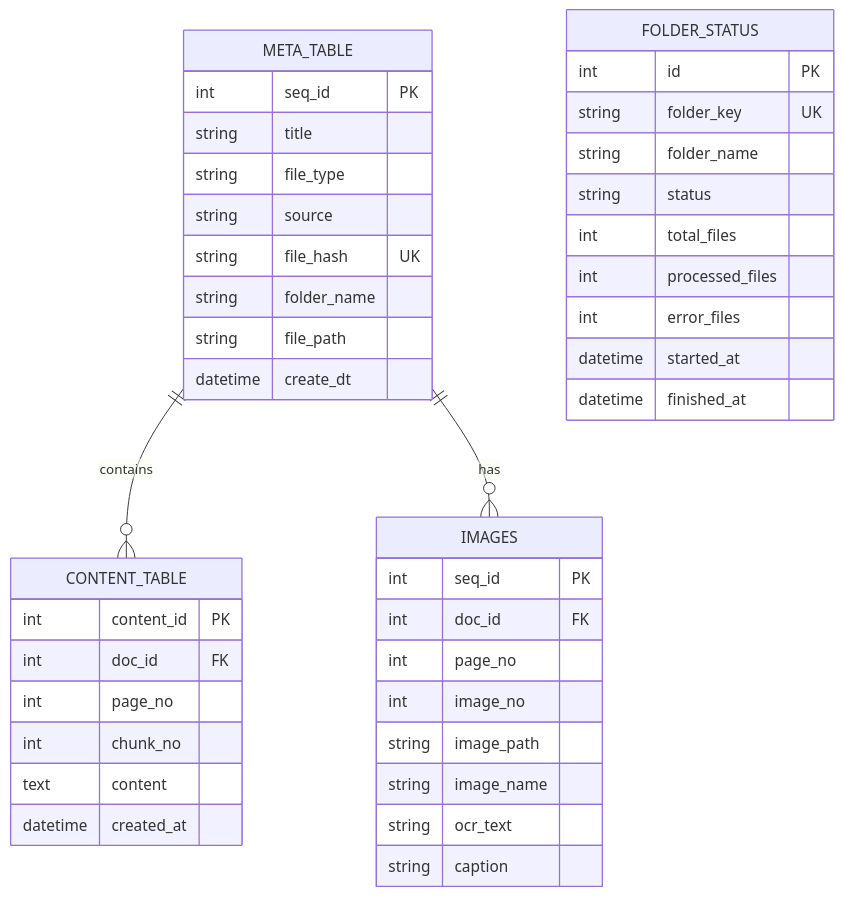
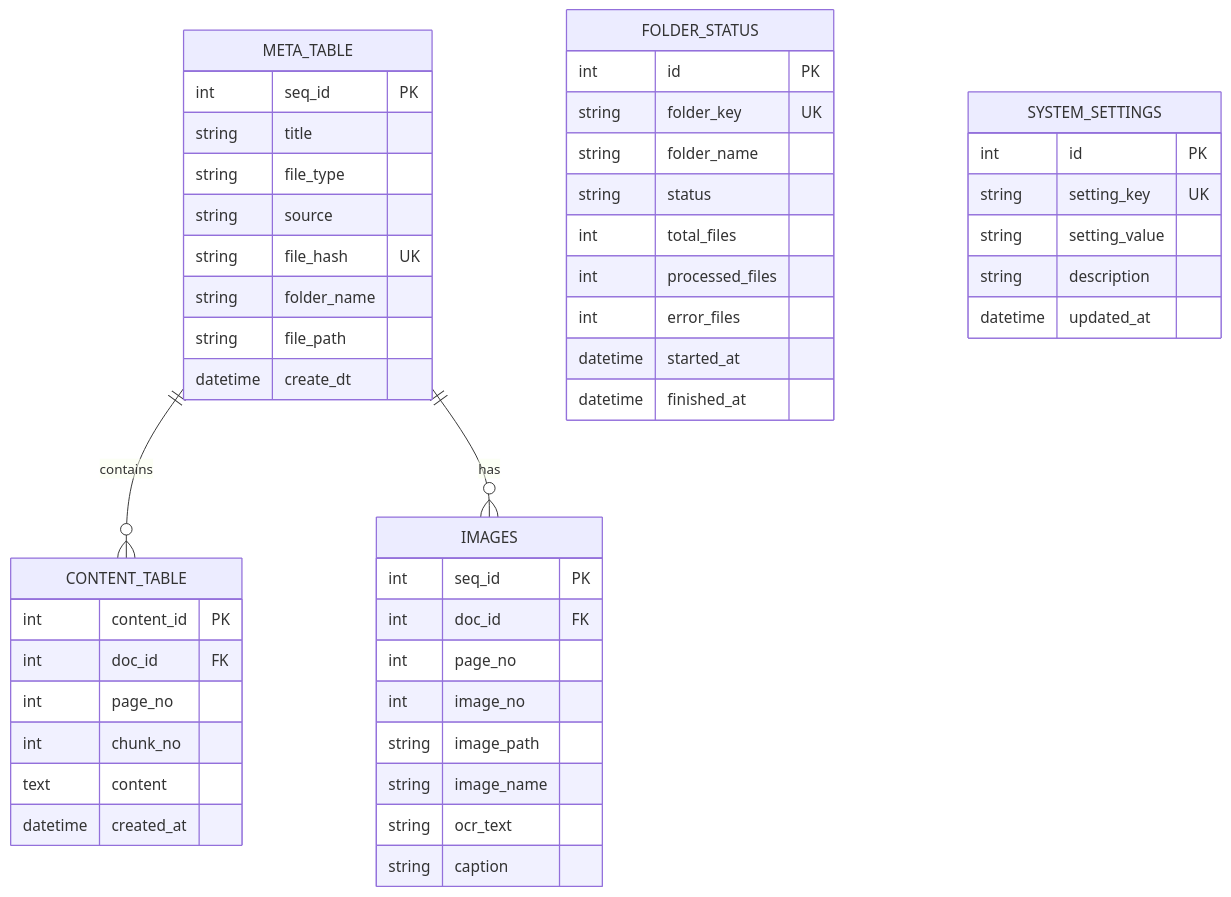
Before and after one commit to Lewis-Kim/ai_workplace_crawler: the second of 2 diagrams in docs/TRD.md, drawn with Mermaid. The commit also changed other lines of this file and 14 other files, not shown here.

````diff
--- a/docs/TRD.md
+++ b/docs/TRD.md
@@ -111,44 +126,51 @@
 ```mermaid
 erDiagram
     META_TABLE ||--o{ CONTENT_TABLE : contains
     META_TABLE ||--o{ IMAGES : has
     META_TABLE {
         int seq_id PK
         string title
         string file_type
         string source
         string file_hash UK
         string folder_name
         string file_path
         datetime create_dt
     }
     CONTENT_TABLE {
         int content_id PK
         int doc_id FK
         int page_no
         int chunk_no
         text content
         datetime created_at
     }
     IMAGES {
         int seq_id PK
         int doc_id FK
         int page_no
         int image_no
         string image_path
         string image_name
         string ocr_text
         string caption
     }
     FOLDER_STATUS {
         int id PK
         string folder_key UK
         string folder_name
         string status
         int total_files
         int processed_files
         int error_files
         datetime started_at
         datetime finished_at
     }
+    SYSTEM_SETTINGS {
+        int id PK
+        string setting_key UK
+        string setting_value
+        string description
+        datetime updated_at
+    }
 ```
````
